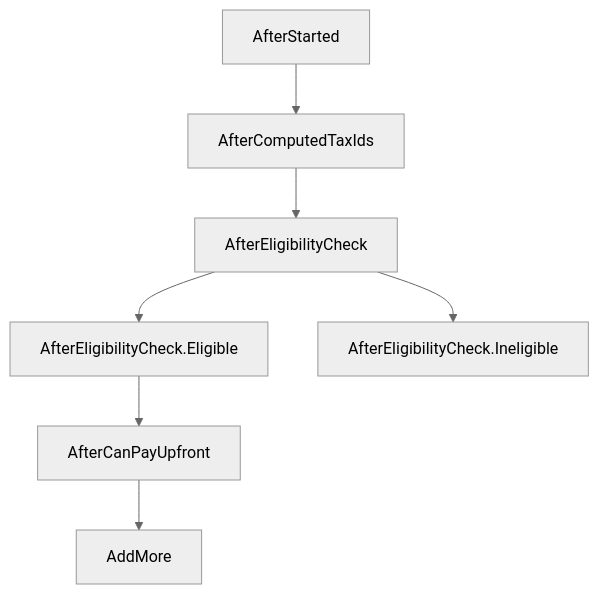
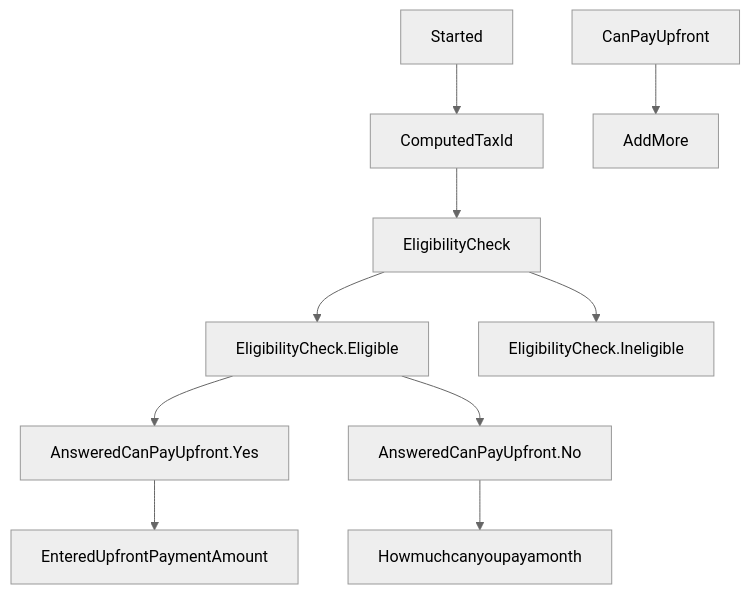
One commit to hmrc/essttp-backend changed the diagram in README.md. Above: the diagram before and after it, drawn with Mermaid (neutral theme). The commit also changed 48 other files, not shown here.

First line of the commit message:
[JB][SUPP-309] add ability to update upfront payment amount (#17)

````diff
--- a/README.md
+++ b/README.md
@@ -16,9 +16,12 @@
 ```mermaid
 graph TD;
-    AfterStarted --> AfterComputedTaxIds;
-    AfterComputedTaxIds --> AfterEligibilityCheck;
-    AfterEligibilityCheck --> AfterEligibilityCheck.Eligible;
-    AfterEligibilityCheck --> AfterEligibilityCheck.Ineligible;
-    AfterEligibilityCheck.Eligible --> AfterCanPayUpfront;
-    AfterCanPayUpfront --> AddMore;
+    Started --> ComputedTaxId;
+    ComputedTaxId --> EligibilityCheck;
+    EligibilityCheck --> EligibilityCheck.Eligible;
+    EligibilityCheck --> EligibilityCheck.Ineligible;
+    EligibilityCheck.Eligible --> AnsweredCanPayUpfront.Yes;
+    EligibilityCheck.Eligible --> AnsweredCanPayUpfront.No;
+    AnsweredCanPayUpfront.No --> Howmuchcanyoupayamonth;
+    AnsweredCanPayUpfront.Yes --> EnteredUpfrontPaymentAmount;
+    CanPayUpfront --> AddMore;
 ```
````
